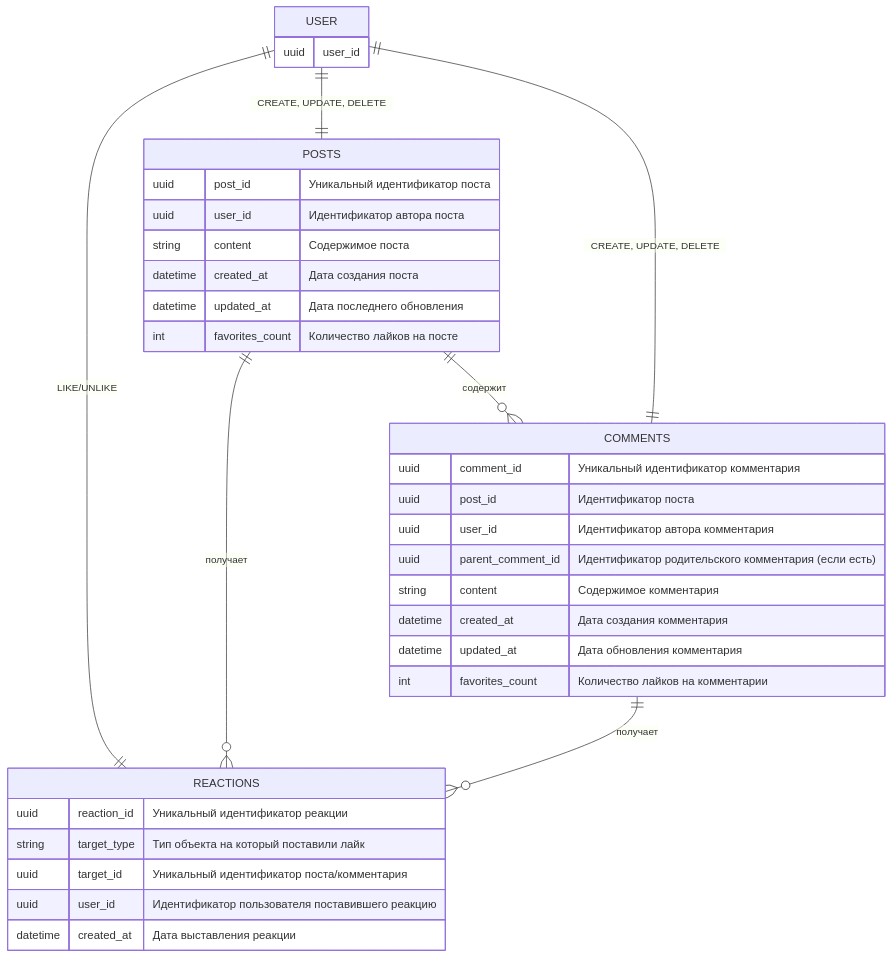
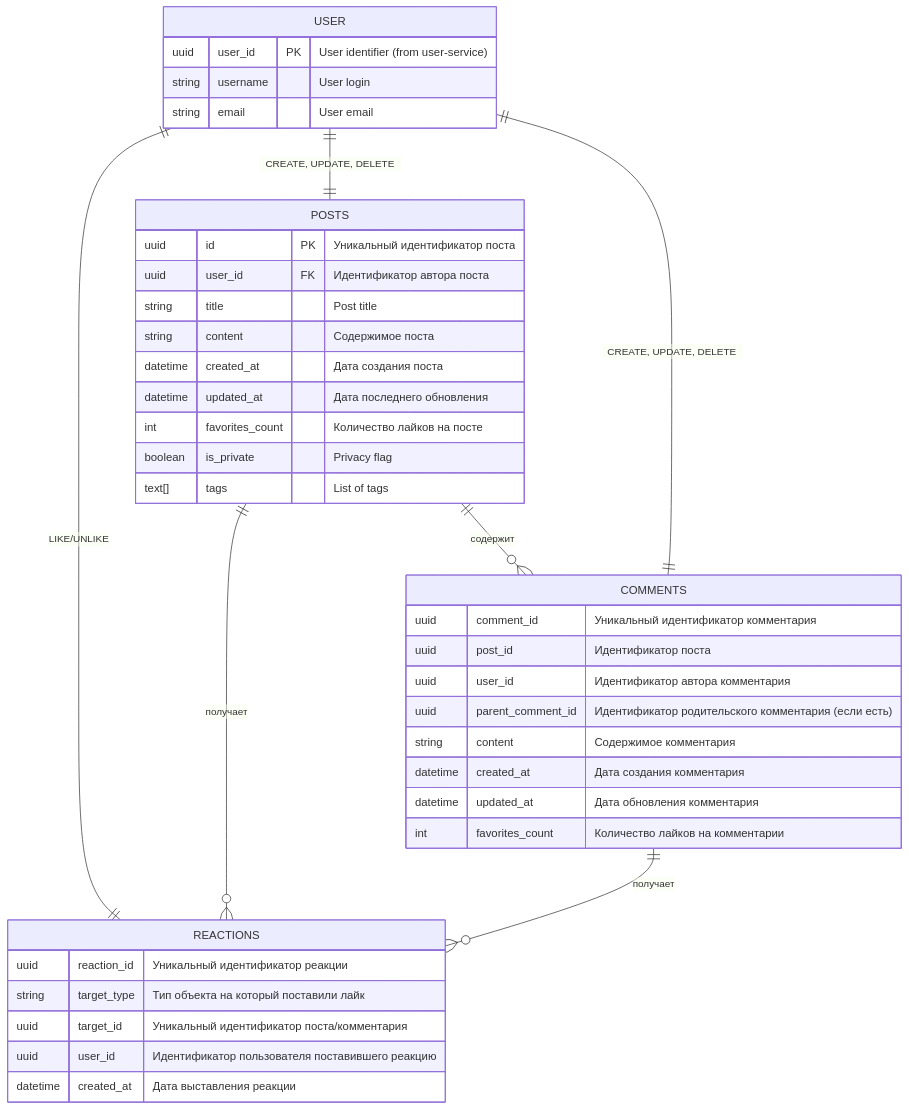
Before and after one commit to zahartd/social-network: the diagram in docs/diagrams/er/post_service.mermaid, drawn with Mermaid. The commit also changed 22 other files, not shown here.

```diff
--- a/docs/diagrams/er/post_service.mermaid
+++ b/docs/diagrams/er/post_service.mermaid
@@ -1,36 +1,41 @@
 erDiagram
     USER {
-        uuid user_id
+        uuid user_id PK "User identifier (from user-service)"
+        string username "User login"
+        string email "User email"
     }
     POSTS {
-        uuid post_id "Уникальный идентификатор поста"
-        uuid user_id "Идентификатор автора поста"
+        uuid id PK "Уникальный идентификатор поста"
+        uuid user_id FK "Идентификатор автора поста"
+        string title "Post title"
         string content "Содержимое поста"
         datetime created_at "Дата создания поста"
         datetime updated_at "Дата последнего обновления"
         int favorites_count "Количество лайков на посте"
+        boolean is_private "Privacy flag"
+        text[] tags "List of tags"
     }
     COMMENTS {
         uuid comment_id "Уникальный идентификатор комментария"
         uuid post_id "Идентификатор поста"
         uuid user_id "Идентификатор автора комментария"
         uuid parent_comment_id "Идентификатор родительского комментария (если есть)"
         string content "Содержимое комментария"
         datetime created_at "Дата создания комментария"
         datetime updated_at "Дата обновления комментария"
         int favorites_count "Количество лайков на комментарии"
     }
     REACTIONS {
         uuid reaction_id "Уникальный идентификатор реакции"
         string target_type "Тип объекта на который поставили лайк"
         uuid target_id "Уникальный идентификатор поста/комментария"
         uuid user_id "Идентификатор пользователя поставившего реакцию"
         datetime created_at "Дата выставления реакции"
     }
 
     POSTS ||--o{ COMMENTS : "содержит"
     USER ||--|| POSTS : "CREATE, UPDATE, DELETE"
     USER ||--|| COMMENTS : "CREATE, UPDATE, DELETE"
     USER ||--|| REACTIONS : "LIKE/UNLIKE"
     POSTS ||--o{ REACTIONS : "получает"
     COMMENTS ||--o{ REACTIONS : "получает"
```
